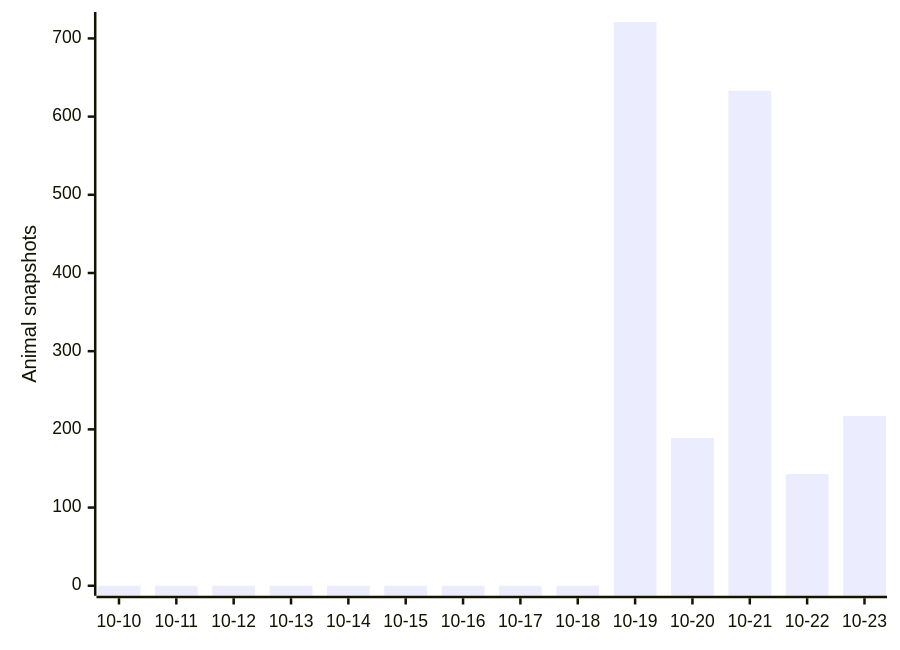
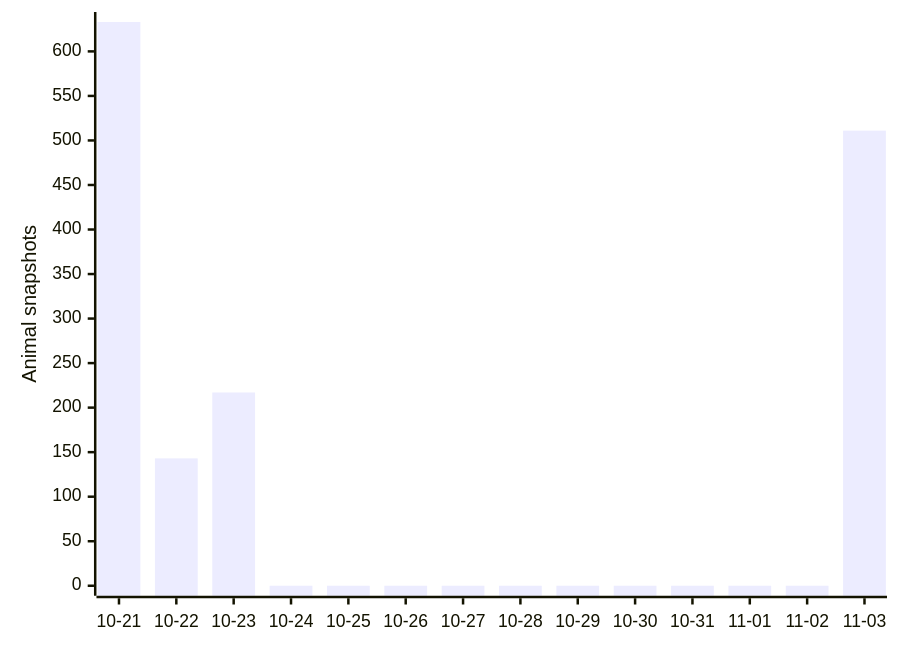
Before and after one commit to joshuafrommeyer-35/PierTracker: the first of 3 diagrams in README.md, drawn with Mermaid. The commit also changed other lines of this file and 7 other files, not shown here.

````diff
--- a/README.md
+++ b/README.md
@@ -138,6 +138,6 @@
 ```mermaid
 xychart-beta
-    x-axis ["10-10", "10-11", "10-12", "10-13", "10-14", "10-15", "10-16", "10-17", "10-18", "10-19", "10-20", "10-21", "10-22", "10-23"]
+    x-axis ["10-21", "10-22", "10-23", "10-24", "10-25", "10-26", "10-27", "10-28", "10-29", "10-30", "10-31", "11-01", "11-02", "11-03"]
     y-axis "Animal snapshots"
-    bar [0, 0, 0, 0, 0, 0, 0, 0, 0, 721, 189, 633, 143, 217]
+    bar [633, 143, 217, 0, 0, 0, 0, 0, 0, 0, 0, 0, 0, 511]
 ```
````
